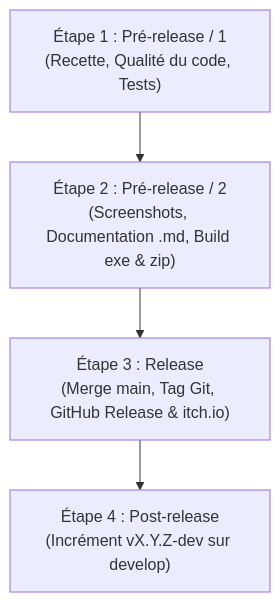
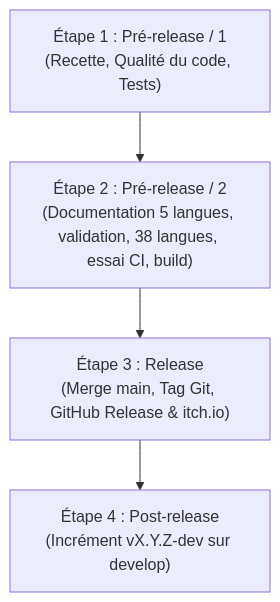
The diagram in RELEASE_PROCESS.fr.md (LEF97/Audio-Multi-Source-Organizer), drawn with Mermaid before and after one commit. The commit also changed other lines of this file and 3 other files, not shown here.

Commit message:
docs(release): jalon de validation avant les 38 langues, essai à blanc de la CI, section Linux/macOS de la release

````diff
--- a/RELEASE_PROCESS.fr.md
+++ b/RELEASE_PROCESS.fr.md
@@ -9,6 +9,6 @@
 ```mermaid
 flowchart TD
-    A["Étape 1 : Pré-release / 1<br>(Recette, Qualité du code, Tests)"] --> B["Étape 2 : Pré-release / 2<br>(Screenshots, Documentation .md, Build exe & zip)"]
+    A["Étape 1 : Pré-release / 1<br>(Recette, Qualité du code, Tests)"] --> B["Étape 2 : Pré-release / 2<br>(Documentation 5 langues, validation, 38 langues, essai CI, build)"]
     B --> C["Étape 3 : Release<br>(Merge main, Tag Git, GitHub Release & itch.io)"]
     C --> D["Étape 4 : Post-release<br>(Incrément vX.Y.Z-dev sur develop)"]
 ```
````
